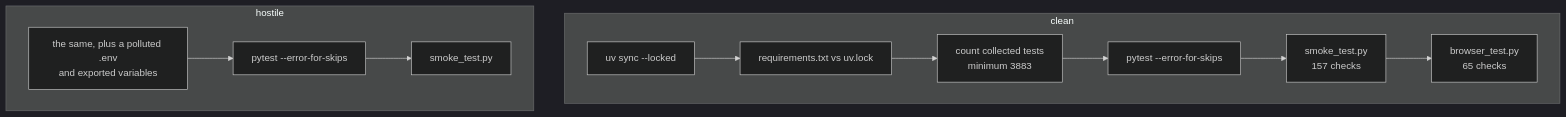
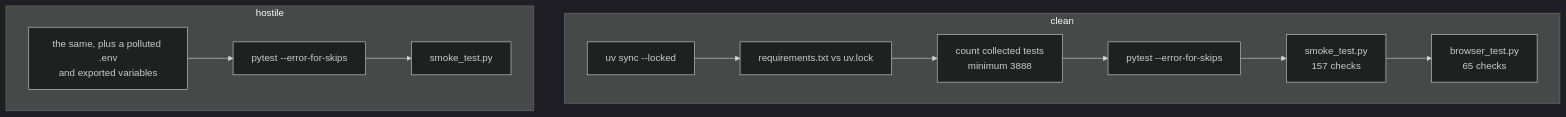
One commit to IAMN1/link-shortener changed the diagram in docs/testing.md. Above: the diagram before and after it, drawn with Mermaid (dark theme). The commit also changed other lines of this file and 8 other files, not shown here.

````diff
--- a/docs/testing.md
+++ b/docs/testing.md
@@ -409,12 +409,12 @@
 ```mermaid
 flowchart TD
     subgraph clean["clean"]
         C1[uv sync --locked] --> C2[requirements.txt vs uv.lock]
-        C2 --> C3[count collected tests<br/>minimum 3883] --> C4[pytest --error-for-skips]
+        C2 --> C3[count collected tests<br/>minimum 3888] --> C4[pytest --error-for-skips]
         C4 --> C5[smoke_test.py<br/>157 checks] --> C6[browser_test.py<br/>65 checks]
     end
     subgraph hostile["hostile"]
         H1[the same, plus a polluted .env<br/>and exported variables] --> H2[pytest --error-for-skips]
         H2 --> H3[smoke_test.py]
     end
 ```
````
